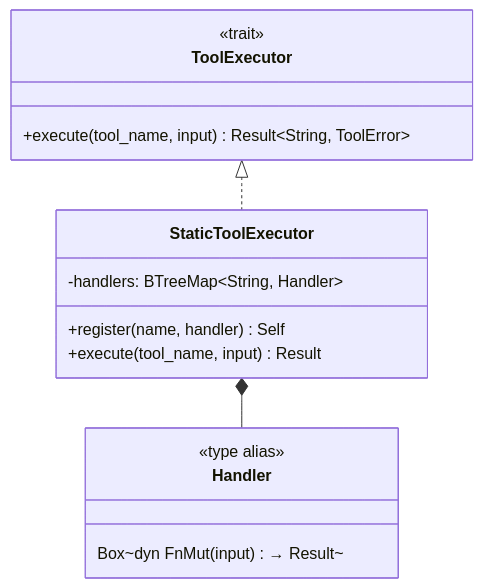
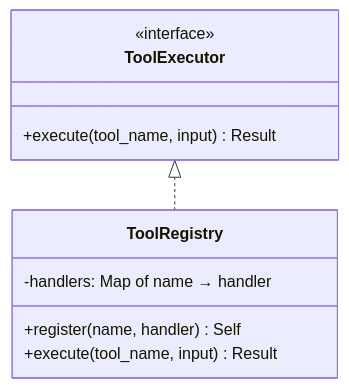
Before and after one commit to Luxshan2000/inside-claude-code: the third of 5 diagrams in docs/03-tool-system/README.md, drawn with Mermaid. The commit also changed other lines of this file and 12 other files, not shown here.

First line of the commit message:
Clean up: Remove code-specific references, keep pure architecture concepts

````diff
--- a/docs/03-tool-system/README.md
+++ b/docs/03-tool-system/README.md
@@ -154,21 +154,15 @@
 ```mermaid
 classDiagram
     class ToolExecutor {
-        <<trait>>
-        +execute(tool_name, input) Result~String, ToolError~
+        <<interface>>
+        +execute(tool_name, input) Result
     }
 
-    class StaticToolExecutor {
-        -handlers: BTreeMap~String, Handler~
+    class ToolRegistry {
+        -handlers: Map of name → handler
         +register(name, handler) Self
         +execute(tool_name, input) Result
     }
 
-    class Handler {
-        <<type alias>>
-        Box~dyn FnMut(input) → Result~
-    }
-
-    ToolExecutor <|.. StaticToolExecutor
-    StaticToolExecutor *-- Handler
+    ToolExecutor <|.. ToolRegistry
 ```
````
